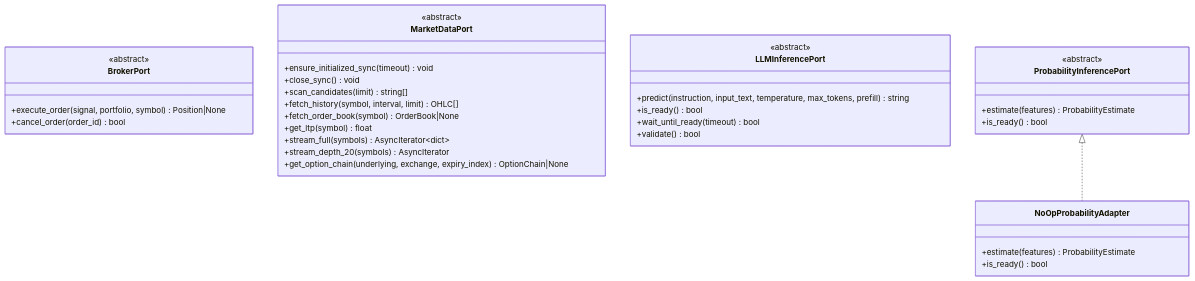
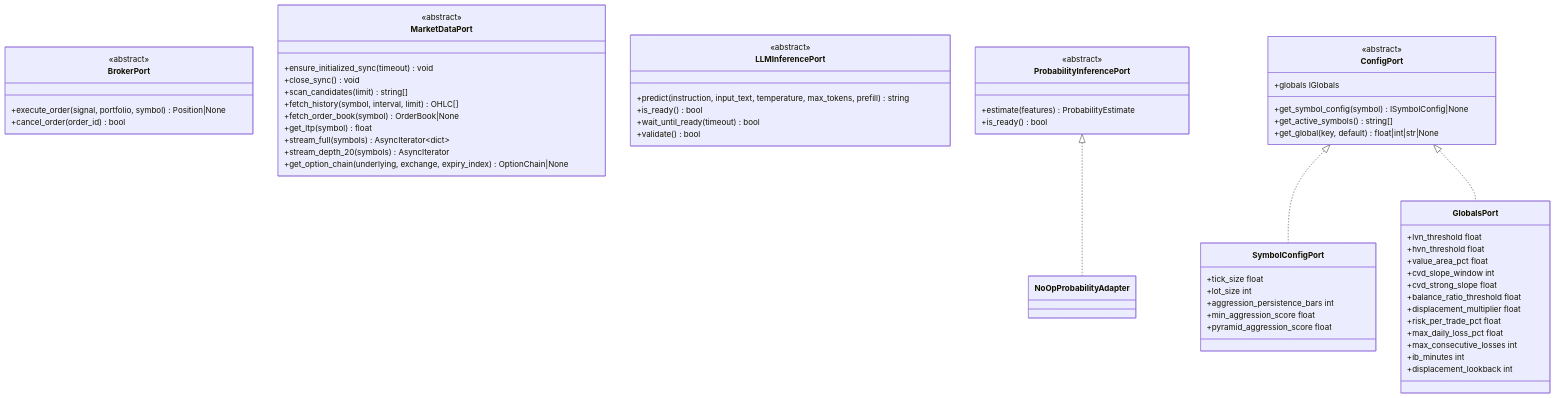
One commit to gemrajkhatry-maker/v5-of-glassytrade-ai changed the seventh of 15 diagrams in .qoder/repowiki/en/content/Architecture Deep Dive/Clean Architecture Layers/Domain Layer.md. Above: the diagram before and after it, drawn with Mermaid. The commit also changed other lines of this file and 930 other files, not shown here.

````diff
--- a/.qoder/repowiki/en/content/Architecture Deep Dive/Clean Architecture Layers/Domain Layer.md
+++ b/.qoder/repowiki/en/content/Architecture Deep Dive/Clean Architecture Layers/Domain Layer.md
@@ -446,37 +546,63 @@
 ```mermaid
 classDiagram
 class BrokerPort {
 <<abstract>>
 +execute_order(signal, portfolio, symbol) Position|None
 +cancel_order(order_id) bool
 }
 class MarketDataPort {
 <<abstract>>
 +ensure_initialized_sync(timeout) void
 +close_sync() void
 +scan_candidates(limit) string[]
 +fetch_history(symbol, interval, limit) OHLC[]
 +fetch_order_book(symbol) OrderBook|None
 +get_ltp(symbol) float
 +stream_full(symbols) AsyncIterator~dict~
 +stream_depth_20(symbols) AsyncIterator
 +get_option_chain(underlying, exchange, expiry_index) OptionChain|None
 }
 class LLMInferencePort {
 <<abstract>>
 +predict(instruction, input_text, temperature, max_tokens, prefill) string
 +is_ready() bool
 +wait_until_ready(timeout) bool
 +validate() bool
 }
 class ProbabilityInferencePort {
 <<abstract>>
 +estimate(features) ProbabilityEstimate
 +is_ready() bool
 }
-class NoOpProbabilityAdapter {
-+estimate(features) ProbabilityEstimate
-+is_ready() bool
+class ConfigPort {
+<<abstract>>
++get_symbol_config(symbol) ISymbolConfig|None
++get_active_symbols() string[]
++get_global(key, default) float|int|str|None
++globals IGlobals
+}
+class SymbolConfigPort {
++tick_size float
++lot_size int
++aggression_persistence_bars int
++min_aggression_score float
++pyramid_aggression_score float
+}
+class GlobalsPort {
++lvn_threshold float
++hvn_threshold float
++value_area_pct float
++cvd_slope_window int
++cvd_strong_slope float
++balance_ratio_threshold float
++displacement_multiplier float
++risk_per_trade_pct float
++max_daily_loss_pct float
++max_consecutive_losses int
++ib_minutes int
++displacement_lookback int
 }
 ProbabilityInferencePort <|.. NoOpProbabilityAdapter
+ConfigPort <|.. SymbolConfigPort
+ConfigPort <|.. GlobalsPort
 ```
````
